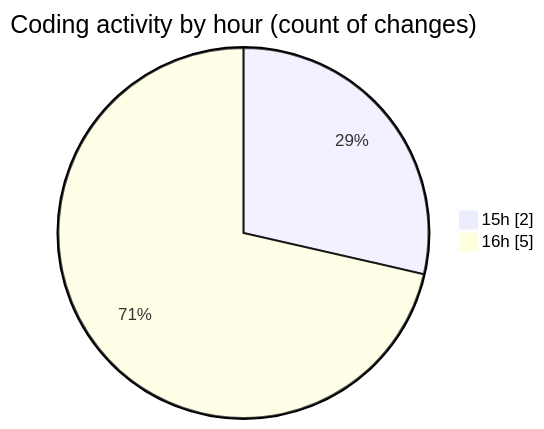
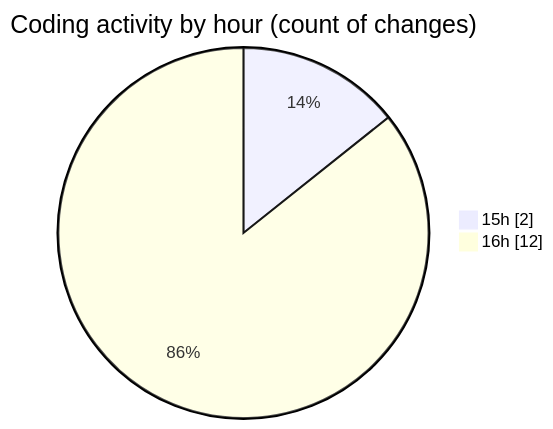
Before and after one commit to donsfak/code-tracking: the second of 2 diagrams in 2025-10-19/weather_insights_app/README.md, drawn with Mermaid. The commit also changed other lines of this file and 1 other file, not shown here.

````diff
--- a/2025-10-19/weather_insights_app/README.md
+++ b/2025-10-19/weather_insights_app/README.md
@@ -34,6 +36,6 @@
 ```mermaid
 pie showData
 title Coding activity by hour (count of changes)
 "15h" : 2
-"16h" : 5
+"16h" : 12
 ```
````
